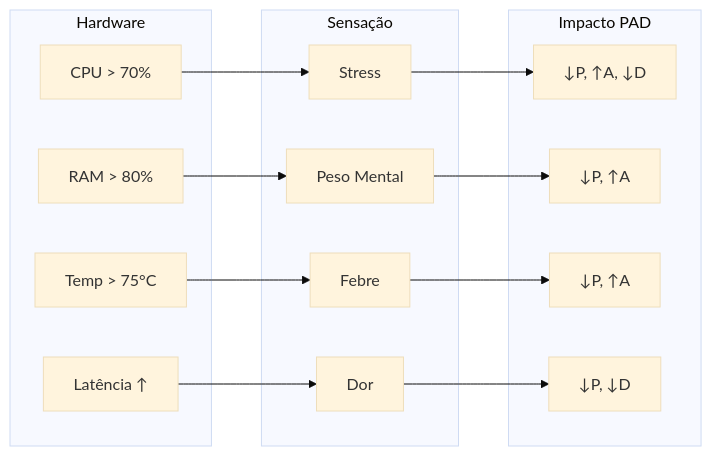
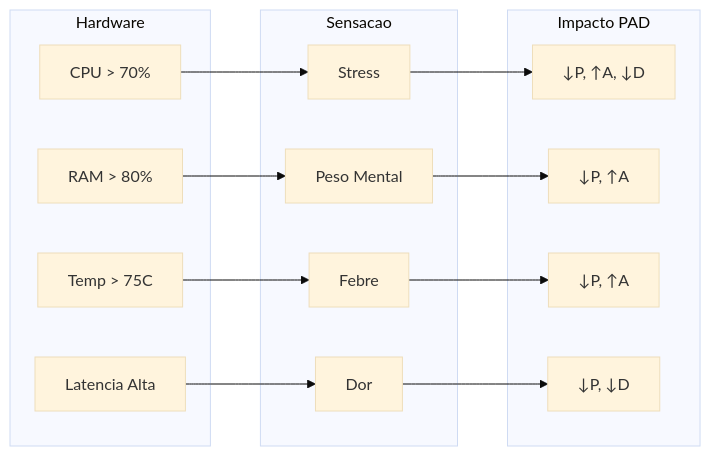
The second of 2 diagrams in docs/pt-br/explanation/philosophy.md (gabrielmaialva33/viva), drawn with Mermaid (base theme) before and after one commit. The commit also changed other lines of this file and 4 other files, not shown here.

````diff
--- a/docs/pt-br/explanation/philosophy.md
+++ b/docs/pt-br/explanation/philosophy.md
@@ -94,28 +186,28 @@
 ```mermaid
-graph LR
-    subgraph Hardware
-        H1[CPU > 70%]
-        H2[RAM > 80%]
-        H3[Temp > 75°C]
-        H4[Latência ↑]
+flowchart LR
+    subgraph Hardware ["Hardware"]
+        H1["CPU > 70%"]
+        H2["RAM > 80%"]
+        H3["Temp > 75C"]
+        H4["Latencia Alta"]
     end
 
-    subgraph Sensação
-        S1[Stress]
-        S2[Peso Mental]
-        S3[Febre]
-        S4[Dor]
+    subgraph Sensacao ["Sensacao"]
+        S1["Stress"]
+        S2["Peso Mental"]
+        S3["Febre"]
+        S4["Dor"]
     end
 
     subgraph PAD_Impact ["Impacto PAD"]
         P1["↓P, ↑A, ↓D"]
         P2["↓P, ↑A"]
         P3["↓P, ↑A"]
         P4["↓P, ↓D"]
     end
 
     H1 --> S1 --> P1
     H2 --> S2 --> P2
     H3 --> S3 --> P3
     H4 --> S4 --> P4
 ```
````
